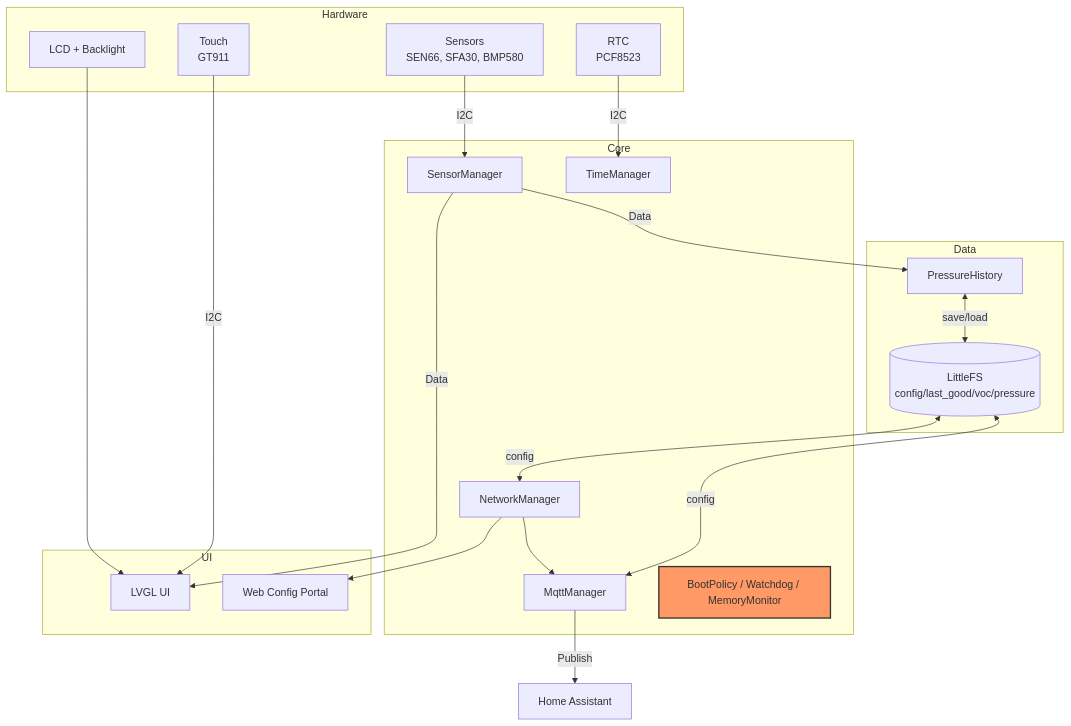
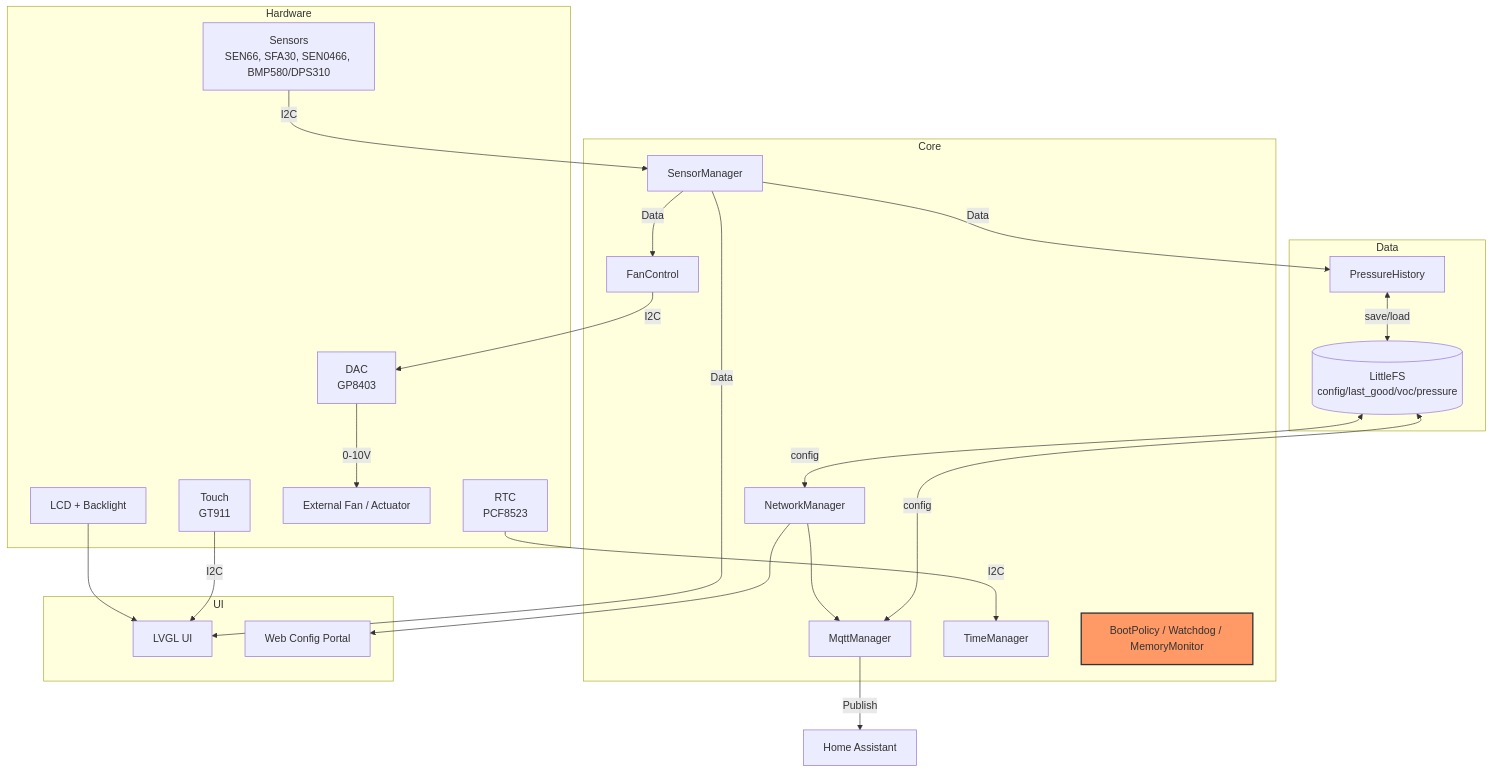
Before and after one commit to marekpetak/project_aura: the diagram in README.md, drawn with Mermaid. The commit also changed other lines of this file, not shown here.

Commit message:
docs: update README with CO, PM0.5 and DAC details

````diff
--- a/README.md
+++ b/README.md
@@ -123,42 +128,48 @@
 ```mermaid
 graph TD
     subgraph Hardware
-        Sensors[Sensors<br/>SEN66, SFA30, BMP580]
+        Sensors[Sensors<br/>SEN66, SFA30, SEN0466, BMP580/DPS310]
         Touch[Touch<br/>GT911]
         RTC[RTC<br/>PCF8523]
+        DAC[DAC<br/>GP8403]
+        Actuator[External Fan / Actuator]
         LCD[LCD + Backlight]
     end
 
     subgraph Core
         SM[SensorManager]
+        FC[FanControl]
         NM[NetworkManager]
         MM[MqttManager]
         TM[TimeManager]
         CoreLogic[BootPolicy / Watchdog / MemoryMonitor]
     end
 
     subgraph Data
         History[PressureHistory]
         Storage[(LittleFS<br/>config/last_good/voc/pressure)]
     end
 
     subgraph UI
         LVGL[LVGL UI]
         Web[Web Config Portal]
     end
 
     Sensors -->|I2C| SM
     RTC -->|I2C| TM
     Touch -->|I2C| LVGL
     LCD --> LVGL
     SM -->|Data| LVGL
+    SM -->|Data| FC
     SM -->|Data| History
+    FC -->|I2C| DAC
+    DAC -->|0-10V| Actuator
     History <-->|save/load| Storage
     Storage <-->|config| NM
     Storage <-->|config| MM
     NM --> Web
     NM --> MM
     MM -->|Publish| HA[Home Assistant]
 
     style CoreLogic fill:#f96,stroke:#333,stroke-width:2px
 ```
````
